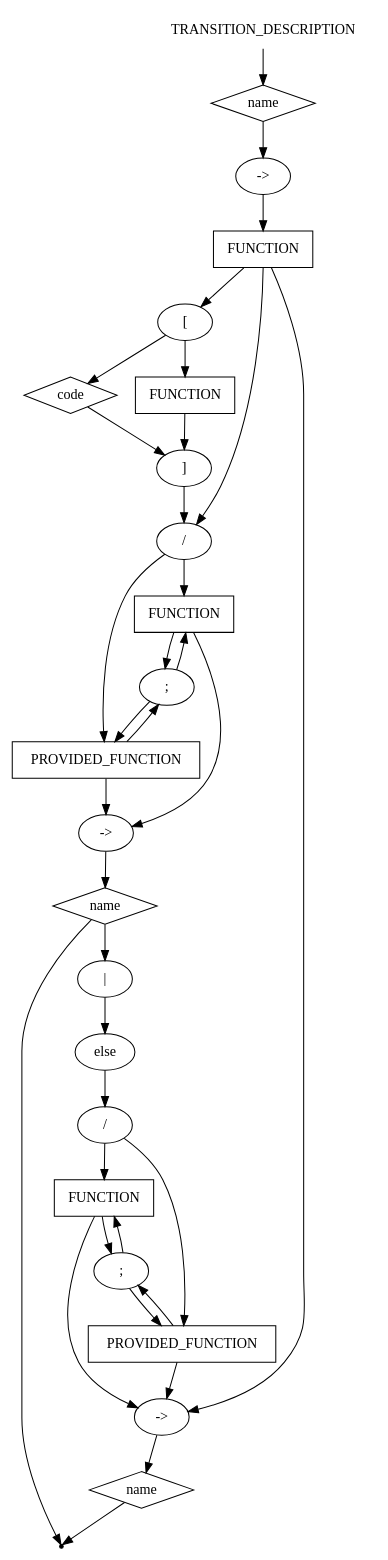
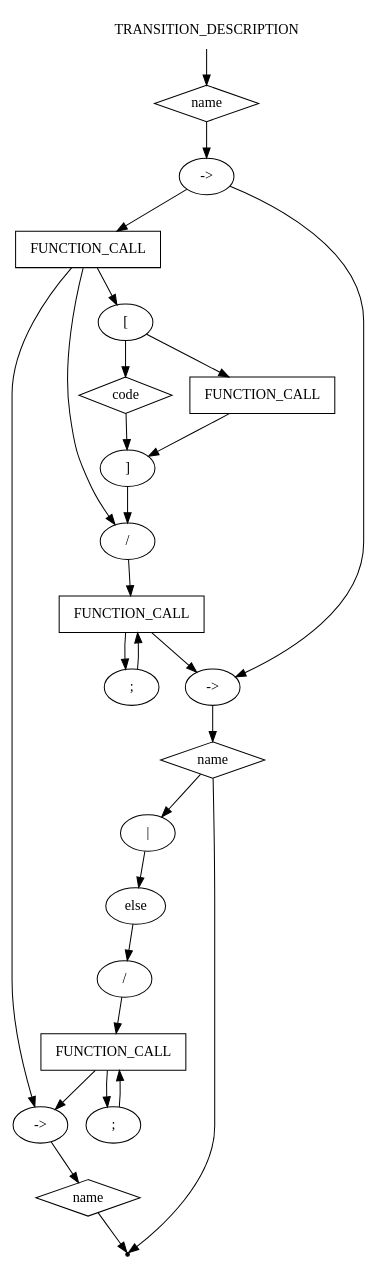
The diagram in ciao_gv/transition_description.gv (Samirox66/ciao), drawn with Graphviz before and after one commit. The commit also changed 8 other files, not shown here.

```diff
--- a/ciao_gv/transition_description.gv
+++ b/ciao_gv/transition_description.gv
@@ -1,80 +1,70 @@
 digraph TRANSITION_DESCRIPTION {
 start [label=TRANSITION_DESCRIPTION shape=plaintext]
 A [label=name shape=diamond]
 B [label="->" shape=oval]
-C [label=FUNCTION shape=box]
+C [label=FUNCTION_CALL shape=box]
 
 D [label="[" shape=oval]
 E [label=code shape=diamond]
-X [label=FUNCTION shape=box]
+X [label=FUNCTION_CALL shape=box]
 F [label="]" shape=oval]
 
 G [label="/" shape=oval]
-H  [label=FUNCTION shape=box]
-J [label=PROVIDED_FUNCTION shape=box]
+H [label=FUNCTION_CALL shape=box]
 U [label =";" shape=oval]
 
 K [label="->" shape=oval]
 L [label=name shape=diamond]
 
 P [label="|" shape=oval]
 M [label="else" shape=oval]
 N [label="/" shape=oval]
-T [label=FUNCTION shape=box]
-R [label=PROVIDED_FUNCTION shape=box]
+T [label=FUNCTION_CALL shape=box]
 W [label =";" shape=oval]
 
 S [label="->" shape=oval]
 Q [label=name shape=diamond]
 
 end [label="" shape=point]
 
 start -> A
 A -> B
 B -> C
+B -> K
 
 C -> G
 C -> D
 
 C -> S
 
 D -> E 
 E -> F 
 D -> X 
 X -> F 
 F -> G
 
 G -> H
-G -> J
 
 H -> K
-J -> K
 H -> U
-J -> U
 U -> H
-U -> J
 
 
 K -> L
 L -> end
 
 L -> P 
 P -> M
 M -> N
 
-N -> T 
-N -> R
+N -> T
 
 T -> S 
 T -> W 
 
-R -> S
-R -> W
-
-W -> R
 W -> T
 S -> Q
 
 Q -> end
 
 }
```
